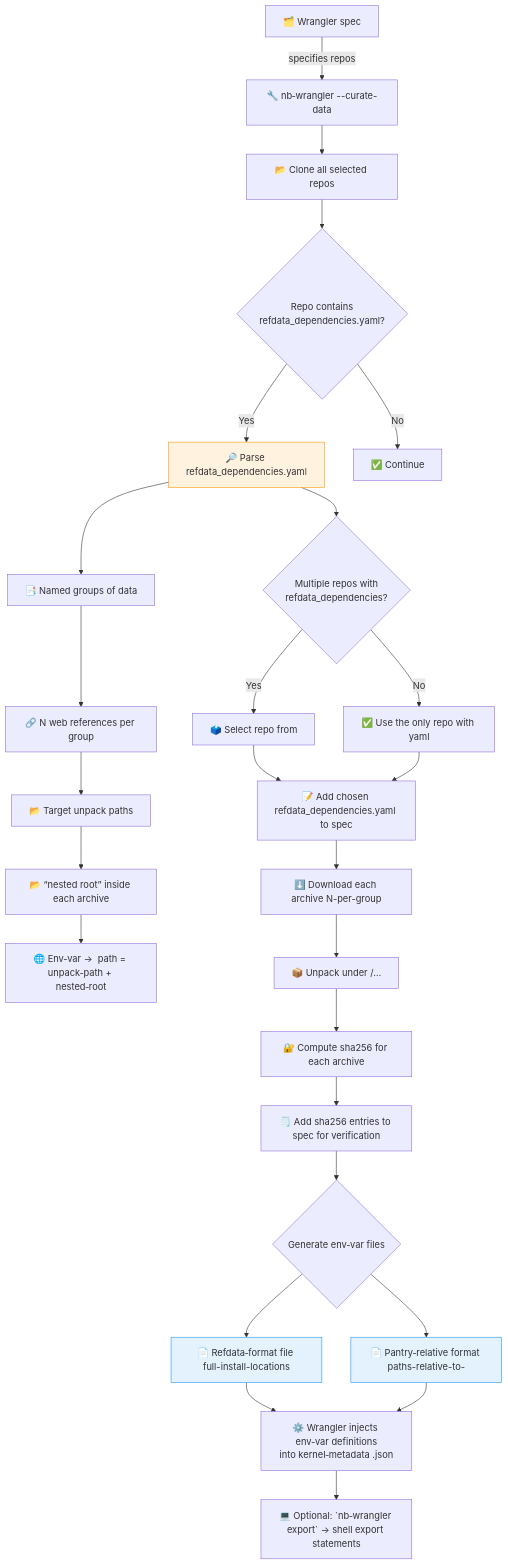
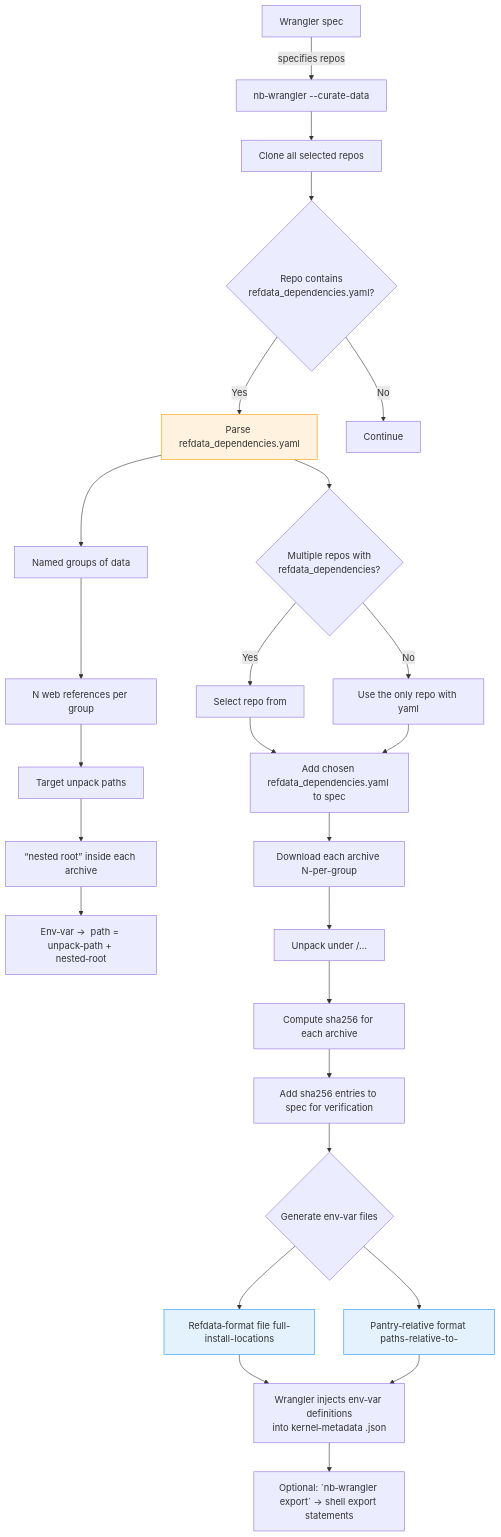
The diagram in docs/data-diagram.mmd (jaytmiller/nb-wrangler), drawn with Mermaid before and after one commit. The commit also changed 1 other file, not shown here.

Commit message:
Reformatted data handling diagram

```diff
--- a/docs/data-diagram.mmd
+++ b/docs/data-diagram.mmd
@@ -1,69 +1,69 @@
 flowchart TD
     %% -------------------------------------------------
     %% 1. Initial spec
     %% -------------------------------------------------
-    A[🗂️ Wrangler spec] -->|specifies repos| B[🔧 nb‑wrangler --curate-data]
+    A[Wrangler spec] -->|specifies repos| B[nb‑wrangler --curate-data]
 
     %% -------------------------------------------------
     %% 2. Clone repos
     %% -------------------------------------------------
-    B --> C[📂 Clone all selected repos]
+    B --> C[ Clone all selected repos]
 
     %% -------------------------------------------------
     %% 3. Process refdata_dependencies.yaml
     %% -------------------------------------------------
     C --> D{Repo contains<br/>refdata_dependencies.yaml?}
-    D -- Yes --> E[🔎 Parse refdata_dependencies.yaml]
-    D -- No --> F[✅ Continue ]
+    D -- Yes --> E[ Parse refdata_dependencies.yaml]
+    D -- No --> F[ Continue ]
 
     %% 3a – inside the yaml file
-    E --> G[📑 Named groups of data]
-    G --> H[🔗 N web references per group]
-    H --> I[📂 Target unpack paths]
-    I --> J[📂 “nested root” inside each archive]
-    J --> K[🌐 Env‑var → <group‑data‑location> path = unpack‑path + nested‑root]
+    E --> G[ Named groups of data]
+    G --> H[ N web references per group]
+    H --> I[ Target unpack paths]
+    I --> J[ “nested root” inside each archive]
+    J --> K[ Env‑var → <group‑data‑location> path = unpack‑path + nested‑root]
 
     %% -------------------------------------------------
     %% 4. Choose the “winner” repo when >1 have a yaml
     %% -------------------------------------------------
     E --> L{Multiple repos with<br/>refdata_dependencies?}
-    L -- Yes --> M[🗳️ Select repo from <system.primary_repo>]
-    L -- No --> N[✅ Use the only repo with yaml]
-    M --> O[📝 Add chosen refdata_dependencies.yaml to spec]
+    L -- Yes --> M[Select repo from <system.primary_repo>]
+    L -- No --> N[Use the only repo with yaml]
+    M --> O[Add chosen refdata_dependencies.yaml to spec]
     N --> O
 
     %% -------------------------------------------------
     %% 5. Download & unpack archives (pantry)
     %% -------------------------------------------------
-    O --> P[⬇️ Download each archive N-per-group ]
-    P --> Q[📦 Unpack under <pantry>/… ]
+    O --> P[ Download each archive N-per-group ]
+    P --> Q[Unpack under <pantry>/… ]
 
     %% -------------------------------------------------
     %% 6. Compute SHA‑256 & record in spec
     %% -------------------------------------------------
-    Q --> R[🔐 Compute sha256 for each archive]
-    R --> S[🗒️ Add sha256 entries to spec for verification]
+    Q --> R[Compute sha256 for each archive]
+    R --> S[Add sha256 entries to spec for verification]
 
     %% -------------------------------------------------
     %% 7. Generate environment‑variable files
     %% -------------------------------------------------
     S --> T{Generate env‑var files}
-    T --> U[📄 Refdata‑format file full-install-locations]
-    T --> V[📄 Pantry‑relative format paths-relative-to-<pantry>]
+    T --> U[Refdata‑format file full-install-locations]
+    T --> V[Pantry‑relative format paths-relative-to-<pantry>]
 
     %% -------------------------------------------------
     %% 8. Inject into kernel & optional shell export
     %% -------------------------------------------------
-    U & V --> W[⚙️ Wrangler injects env‑var definitions<br/>into kernel‑metadata .json]
-    W --> X[💻 Optional: `nb‑wrangler export` → shell export statements]
+    U & V --> W[Wrangler injects env‑var definitions<br/>into kernel‑metadata .json]
+    W --> X[ Optional: `nb‑wrangler export` → shell export statements]
 
     %% -------------------------------------------------
     %% Styling
     %% -------------------------------------------------
     classDef repo fill:#E8F5E9,stroke:#4CAF50;
     classDef yaml fill:#FFF3E0,stroke:#FF9800;
     classDef env fill:#E3F2FD,stroke:#2196F3;
     class C,D,E,F,G,H,I,J,K,L,M,N,O,P,Q,R,S,T,U,V,W,X classRepo;
     class C,D,F,G,H,I,J,K,L,M,N,O,P,Q,R,S,T classRepo;
     class E yaml;
     class U,V env;
```
